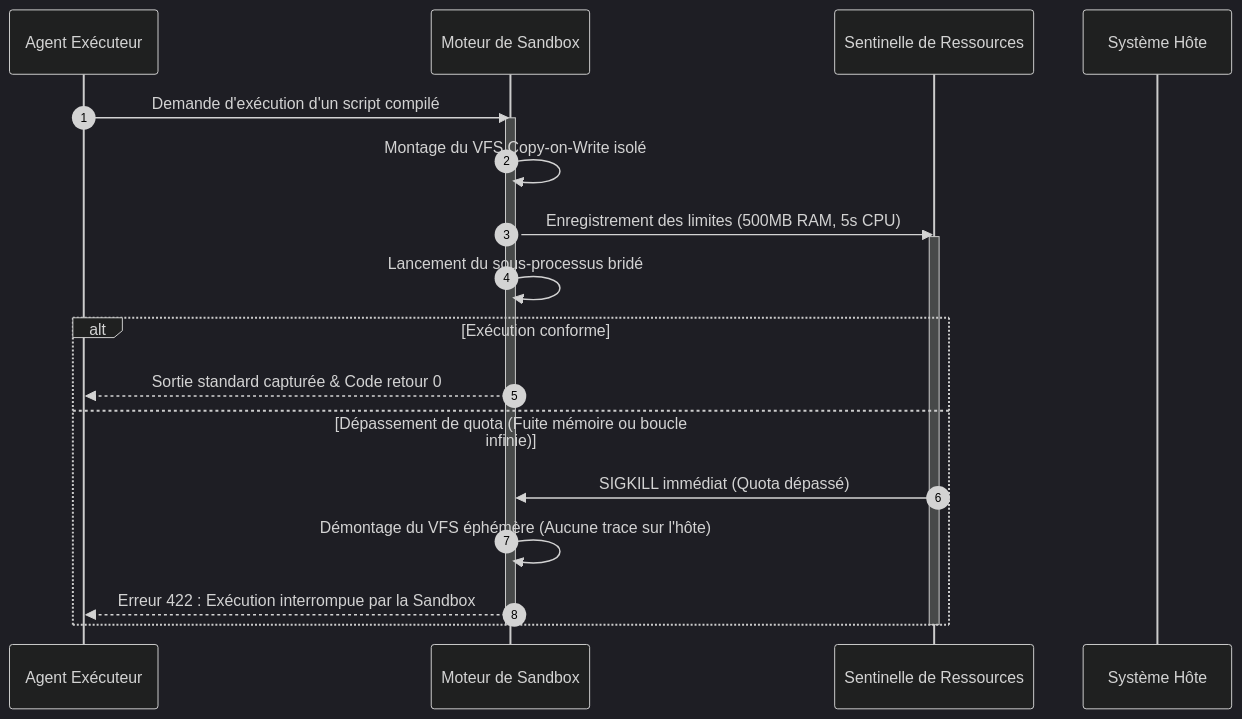
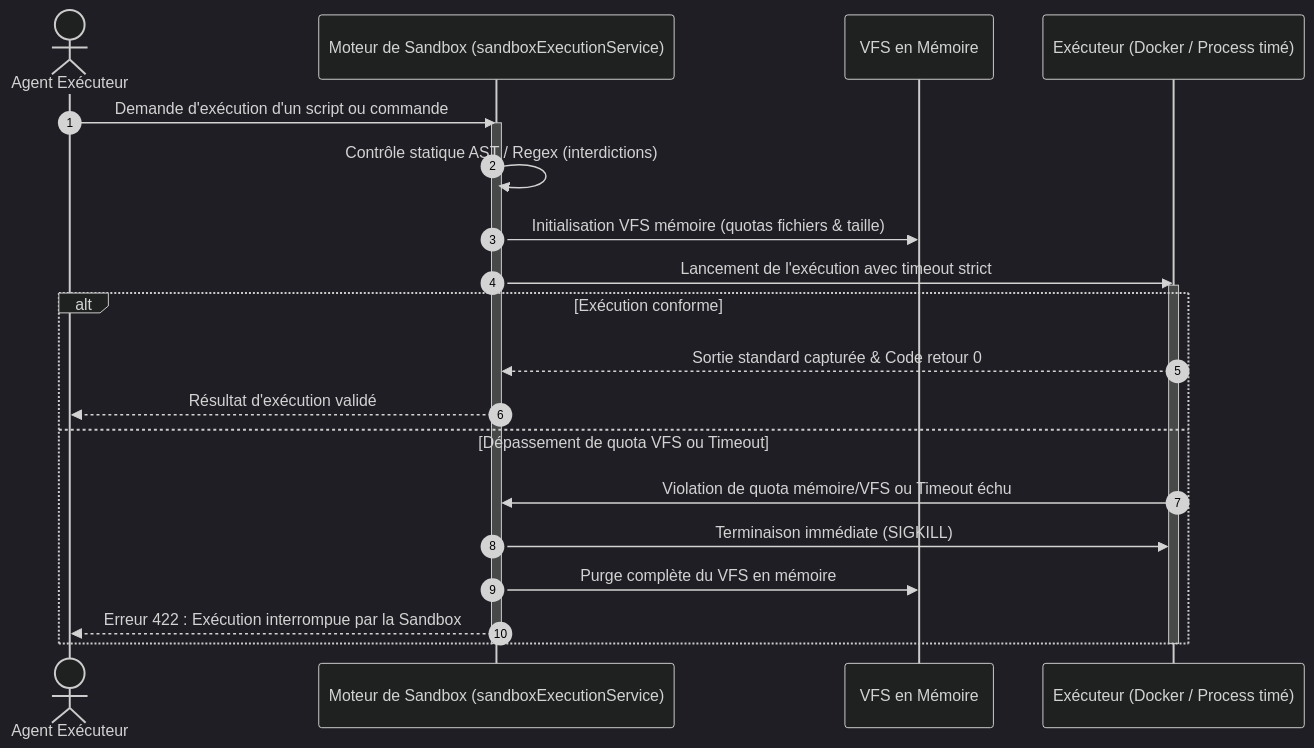
The third of 3 diagrams in docs/SANDBOX_EXECUTION_CODE.md (PISSARAW/GenOS), drawn with Mermaid (dark theme) before and after one commit. The commit also changed other lines of this file and 5 other files, not shown here.

Commit message:
[EVOLUTION] Point 4: Durcissement des tool leases et alignement de la sandbox et securite

````diff
--- a/docs/SANDBOX_EXECUTION_CODE.md
+++ b/docs/SANDBOX_EXECUTION_CODE.md
@@ -282,26 +282,27 @@
 ```mermaid
 sequenceDiagram
     autonumber
-    participant Agent as Agent Exécuteur
-    participant Sandbox as Moteur de Sandbox
-    participant Guard as Sentinelle de Ressources
-    participant Host as Système Hôte
+    actor Agent as Agent Exécuteur
+    participant Sandbox as Moteur de Sandbox (sandboxExecutionService)
+    participant VFS as VFS en Mémoire
+    participant Runner as Exécuteur (Docker / Process timé)
 
-    Agent->>Sandbox: Demande d'exécution d'un script compilé
+    Agent->>Sandbox: Demande d'exécution d'un script ou commande
     activate Sandbox
-    Sandbox->>Sandbox: Montage du VFS Copy-on-Write isolé
-    Sandbox->>Guard: Enregistrement des limites (500MB RAM, 5s CPU)
+    Sandbox->>Sandbox: Contrôle statique AST / Regex (interdictions)
+    Sandbox->>VFS: Initialisation VFS mémoire (quotas fichiers & taille)
+    Sandbox->>Runner: Lancement de l'exécution avec timeout strict
     
-    activate Guard
-    Sandbox->>Sandbox: Lancement du sous-processus bridé
-    
+    activate Runner
     alt Exécution conforme
-        Sandbox-->>Agent: Sortie standard capturée & Code retour 0
-    else Dépassement de quota (Fuite mémoire ou boucle infinie)
-        Guard->>Sandbox: SIGKILL immédiat (Quota dépassé)
-        Sandbox->>Sandbox: Démontage du VFS éphémère (Aucune trace sur l'hôte)
+        Runner-->>Sandbox: Sortie standard capturée & Code retour 0
+        Sandbox-->>Agent: Résultat d'exécution validé
+    else Dépassement de quota VFS ou Timeout
+        Runner->>Sandbox: Violation de quota mémoire/VFS ou Timeout échu
+        Sandbox->>Runner: Terminaison immédiate (SIGKILL)
+        Sandbox->>VFS: Purge complète du VFS en mémoire
         Sandbox-->>Agent: Erreur 422 : Exécution interrompue par la Sandbox
     end
-    deactivate Guard
+    deactivate Runner
     deactivate Sandbox
 ```
````
